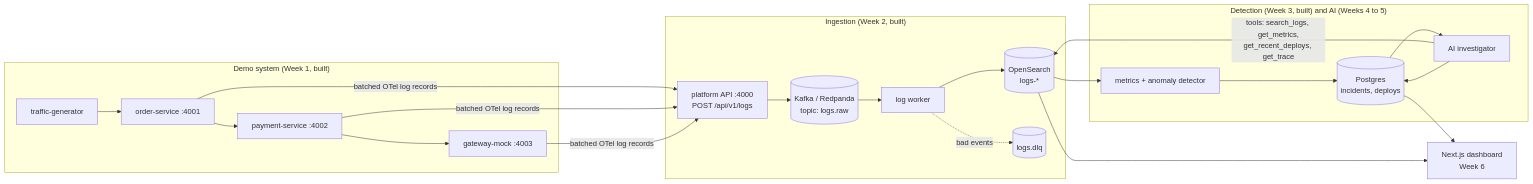
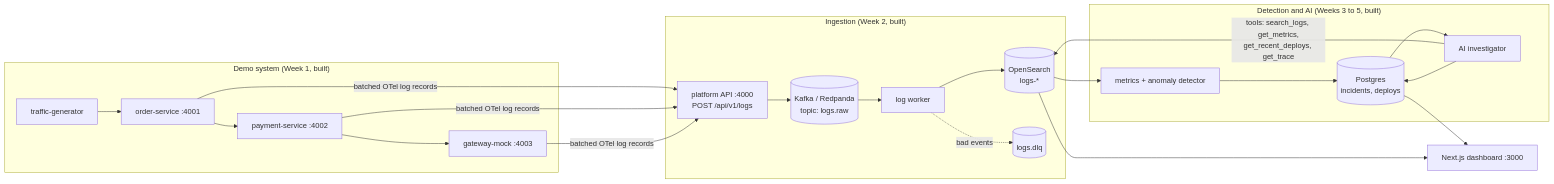
The first of 8 diagrams in docs/PROJECT_FLOW.md (HrishikeshAtole-24/AI-Analyzer), drawn with Mermaid before and after one commit. The commit also changed other lines of this file and 82 other files, not shown here.

First line of the commit message:
Weeks 4-6: AI investigator, verifier, knowledge base, eval, dashboard

````diff
--- a/docs/PROJECT_FLOW.md
+++ b/docs/PROJECT_FLOW.md
@@ -10,27 +16,27 @@
 ```mermaid
 flowchart LR
   subgraph demo["Demo system (Week 1, built)"]
     TG[traffic-generator] --> OS[order-service :4001]
     OS --> PS[payment-service :4002]
     PS --> GW[gateway-mock :4003]
   end
 
   subgraph ingest["Ingestion (Week 2, built)"]
     API[platform API :4000<br/>POST /api/v1/logs] --> K[(Kafka / Redpanda<br/>topic: logs.raw)]
     K --> W[log worker]
     W --> OSR[(OpenSearch<br/>logs-*)]
     W -. bad events .-> DLQ[(logs.dlq)]
   end
 
-  subgraph analysis["Detection (Week 3, built) and AI (Weeks 4 to 5)"]
+  subgraph analysis["Detection and AI (Weeks 3 to 5, built)"]
     DET[metrics + anomaly detector] --> INC[(Postgres<br/>incidents, deploys)]
     INC --> AI[AI investigator]
     AI -- tools: search_logs, get_metrics,<br/>get_recent_deploys, get_trace --> OSR
     AI --> INC
   end
 
   OS & PS & GW -- batched OTel log records --> API
   OSR --> DET
-  INC --> UI[Next.js dashboard<br/>Week 6]
+  INC --> UI[Next.js dashboard :3000]
   OSR --> UI
 ```
````
